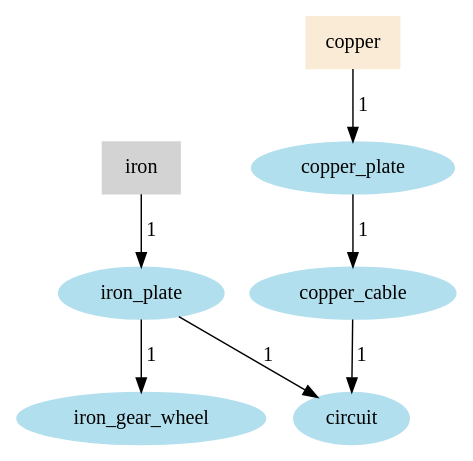
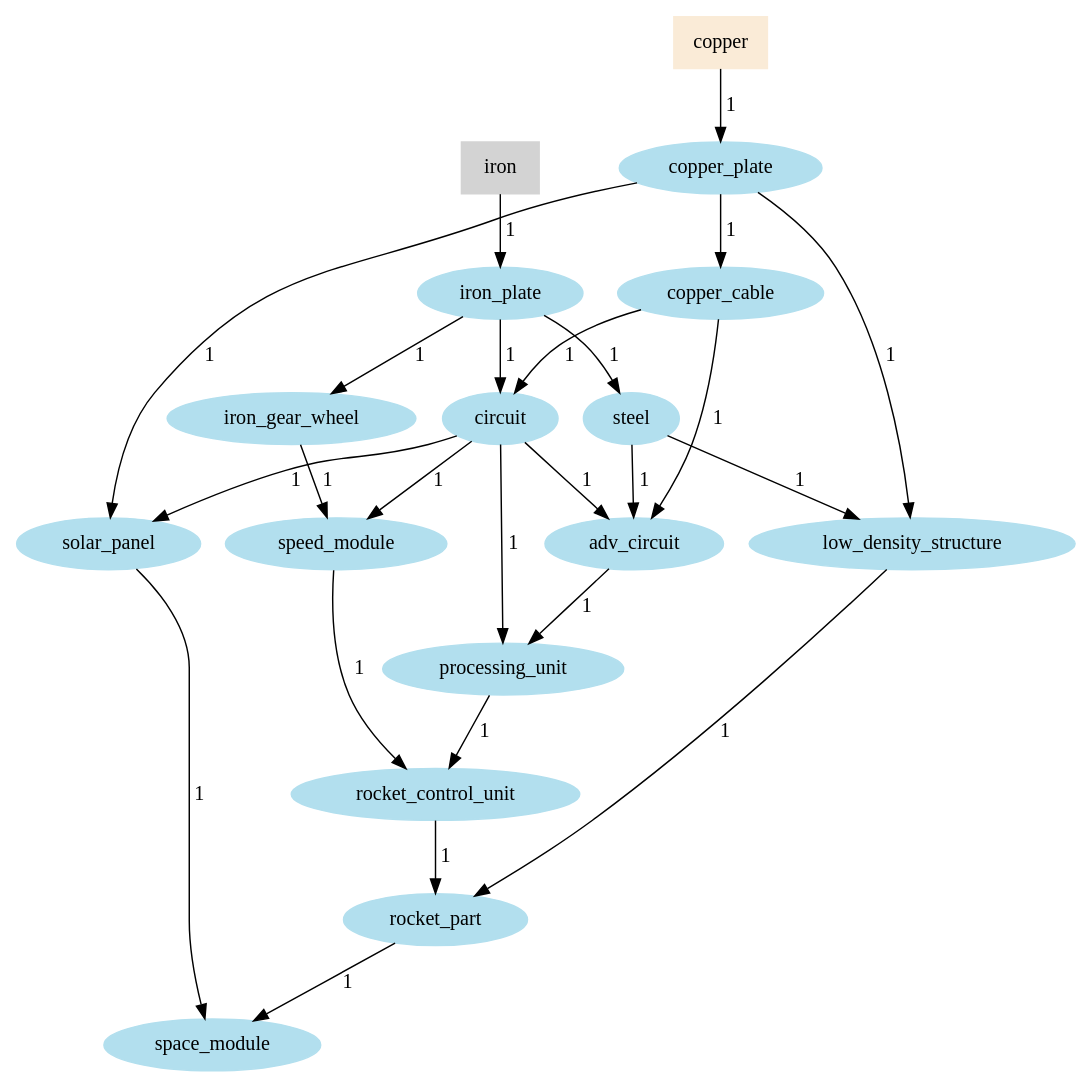
Before and after one commit to Tylio5555/Factory: the diagram in link_graphviz/link_default.gv, drawn with Graphviz. The commit also changed 5 other files, not shown here.

```diff
--- a/link_graphviz/link_default.gv
+++ b/link_graphviz/link_default.gv
@@ -1,17 +1,35 @@
 digraph default {
 	node [color=lightblue2 style=filled]
 	subgraph iron {
-		node [color=lightgrey rank=min style=filled]
+		node [color=lightgrey style=filled]
 		iron [shape=box]
 	}
 	subgraph copper {
-		node [color=antiquewhite rank=min style=filled]
+		node [color=antiquewhite style=filled]
 		copper [shape=box]
 	}
 	copper -> copper_plate [label=" 1"]
 	copper_plate -> copper_cable [label=" 1"]
 	iron -> iron_plate [label=" 1"]
+	iron_plate -> steel [label=" 1"]
 	iron_plate -> iron_gear_wheel [label=" 1"]
 	iron_plate -> circuit [label=" 1"]
 	copper_cable -> circuit [label=" 1"]
+	circuit -> adv_circuit [label=" 1"]
+	copper_cable -> adv_circuit [label=" 1"]
+	steel -> adv_circuit [label=" 1"]
+	copper_plate -> solar_panel [label=" 1"]
+	circuit -> solar_panel [label=" 1"]
+	copper_plate -> low_density_structure [label=" 1"]
+	steel -> low_density_structure [label=" 1"]
+	circuit -> processing_unit [label=" 1"]
+	adv_circuit -> processing_unit [label=" 1"]
+	circuit -> speed_module [label=" 1"]
+	iron_gear_wheel -> speed_module [label=" 1"]
+	processing_unit -> rocket_control_unit [label=" 1"]
+	speed_module -> rocket_control_unit [label=" 1"]
+	rocket_control_unit -> rocket_part [label=" 1"]
+	low_density_structure -> rocket_part [label=" 1"]
+	rocket_part -> space_module [label=" 1"]
+	solar_panel -> space_module [label=" 1"]
 }
```
